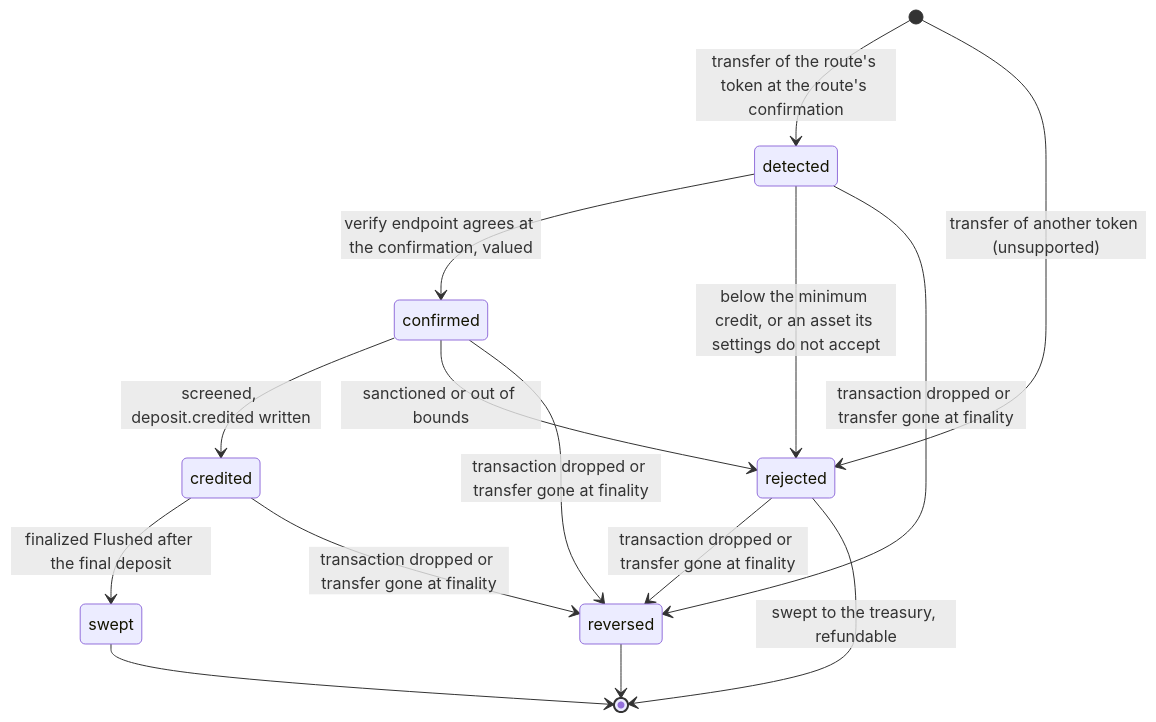
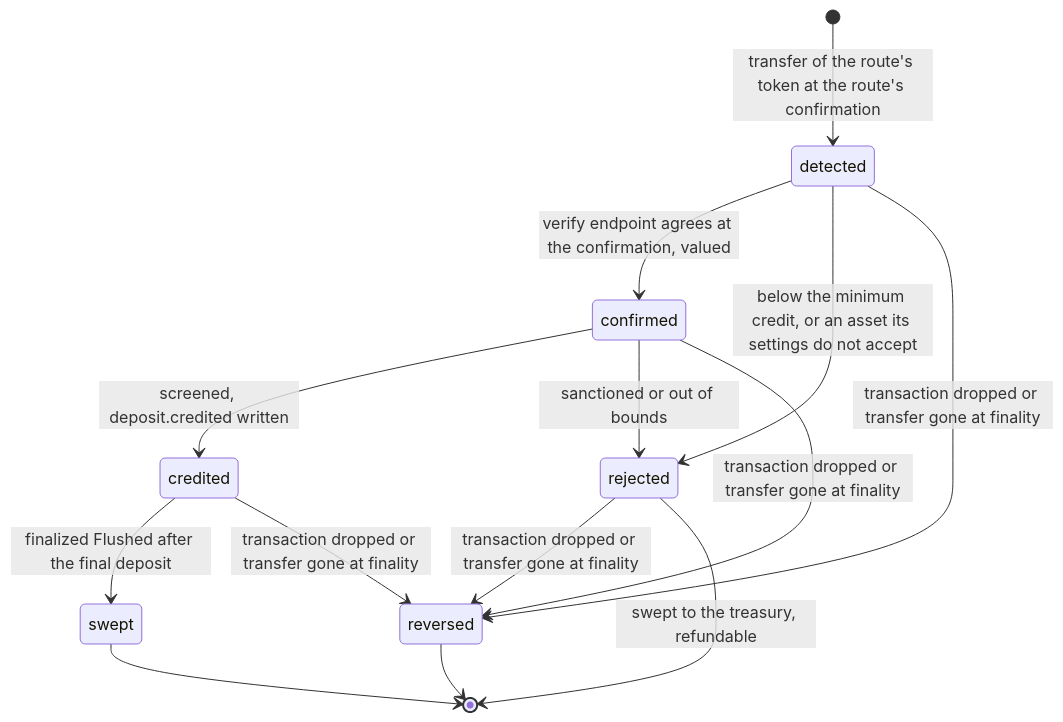
One commit to Phala-Network/phala-pay changed the second of 3 diagrams in docs/architecture.md. Above: the diagram before and after it, drawn with Mermaid. The commit also changed other lines of this file and 42 other files, not shown here.

````diff
--- a/docs/architecture.md
+++ b/docs/architecture.md
@@ -397,17 +399,16 @@
 ```mermaid
 stateDiagram-v2
     [*] --> detected: transfer of the route's token at the route's confirmation
-    [*] --> rejected: transfer of another token (unsupported)
     detected --> confirmed: verify endpoint agrees at the confirmation, valued
     detected --> rejected: below the minimum credit, or an asset its settings do not accept
     confirmed --> credited: screened, deposit.credited written
     confirmed --> rejected: sanctioned or out of bounds
     credited --> swept: finalized Flushed after the final deposit
     detected --> reversed: transaction dropped or transfer gone at finality
     confirmed --> reversed: transaction dropped or transfer gone at finality
     credited --> reversed: transaction dropped or transfer gone at finality
     rejected --> reversed: transaction dropped or transfer gone at finality
     rejected --> [*]: swept to the treasury, refundable
     swept --> [*]
     reversed --> [*]
 ```
````
